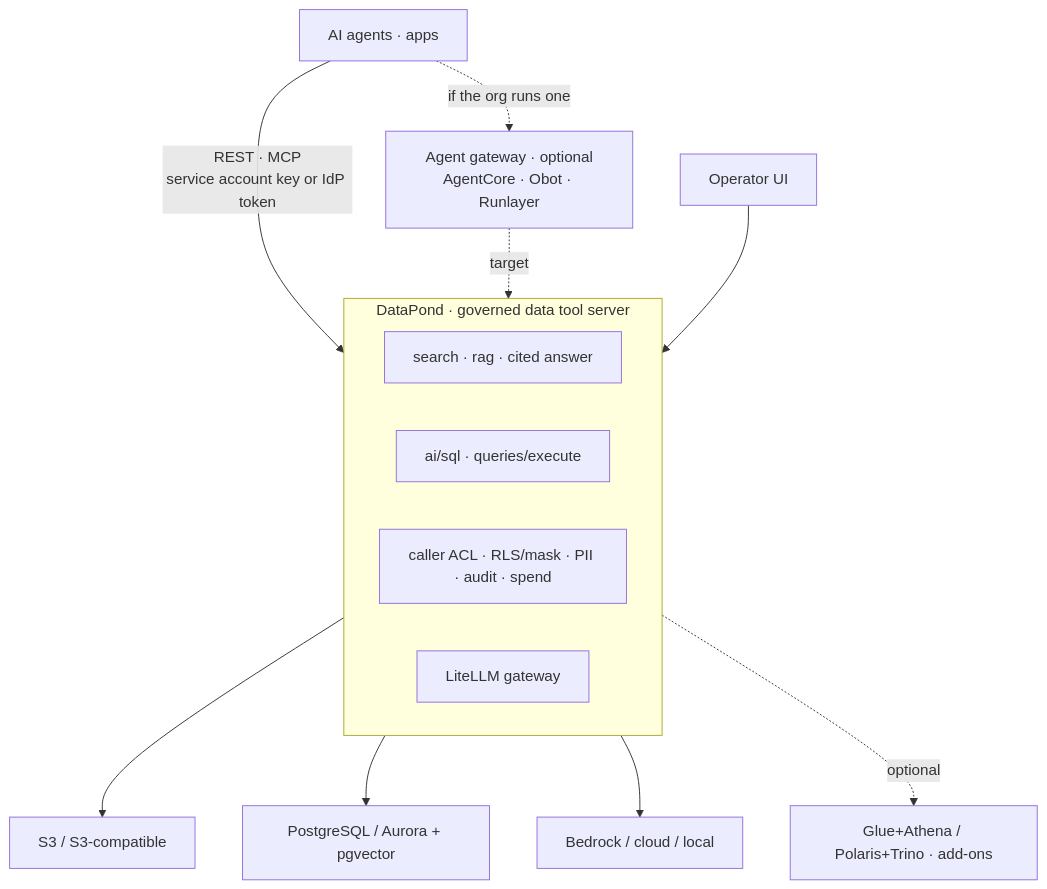
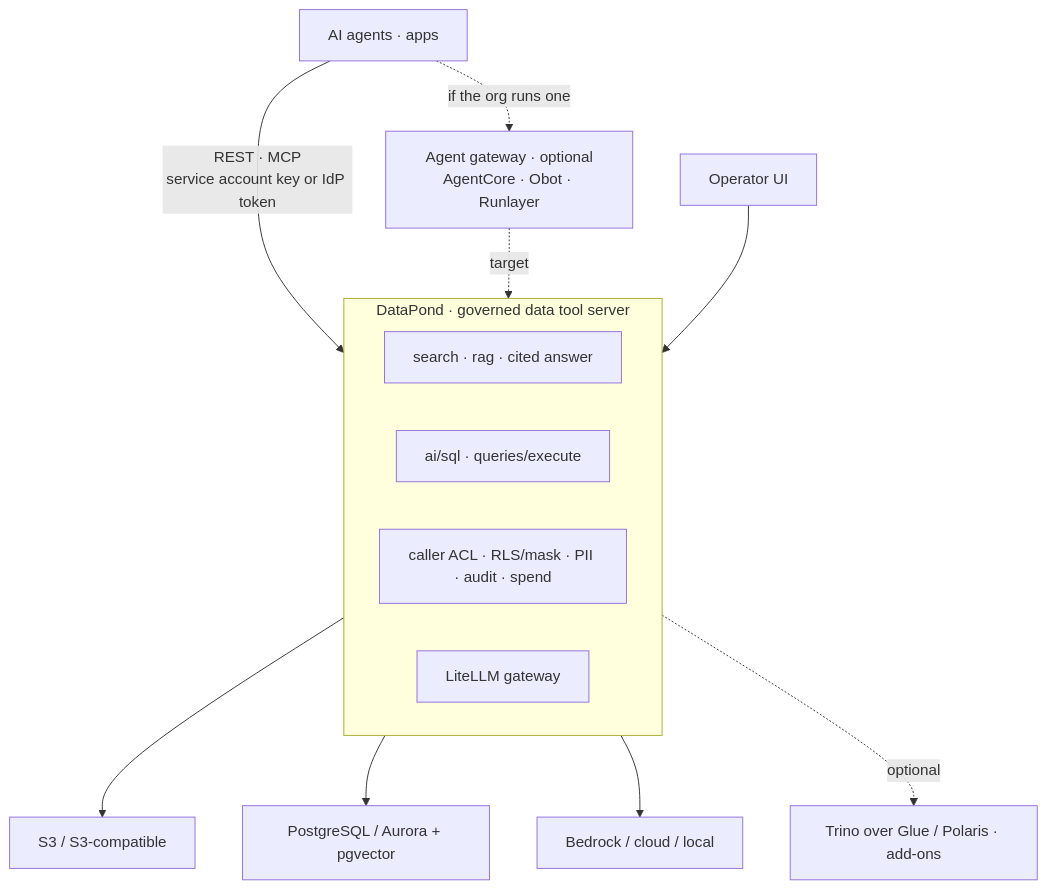
Before and after one commit to lukesgood/datapond: the diagram in docs/PRODUCT_CONCEPT.md, drawn with Mermaid. The commit also changed other lines of this file and 13 other files, not shown here.

Commit message:
docs: the AWS reference is Glue catalog + in-cluster Trino; Athena removed (2.4)

````diff
--- a/docs/PRODUCT_CONCEPT.md
+++ b/docs/PRODUCT_CONCEPT.md
@@ -130,19 +130,19 @@
 ```mermaid
 flowchart TB
     AGENT[AI agents · apps] -- REST · MCP<br/>service account key or IdP token --> TOOLS
     AGENT -. if the org runs one .-> GW[Agent gateway · optional<br/>AgentCore · Obot · Runlayer]
     GW -. target .-> TOOLS
 
     subgraph TOOLS[DataPond · governed data tool server]
       RAG[search · rag · cited answer]
       SQL[ai/sql · queries/execute]
       GOV[caller ACL · RLS/mask · PII · audit · spend]
       GATE[LiteLLM gateway]
     end
 
     OPS[Operator UI] --> TOOLS
     TOOLS --> STORE[S3 / S3-compatible]
     TOOLS --> VECTOR[PostgreSQL / Aurora + pgvector]
     TOOLS --> MODEL[Bedrock / cloud / local]
-    TOOLS -. optional .-> PLANE[Glue+Athena / Polaris+Trino · add-ons]
+    TOOLS -. optional .-> PLANE[Trino over Glue / Polaris · add-ons]
 ```
````
